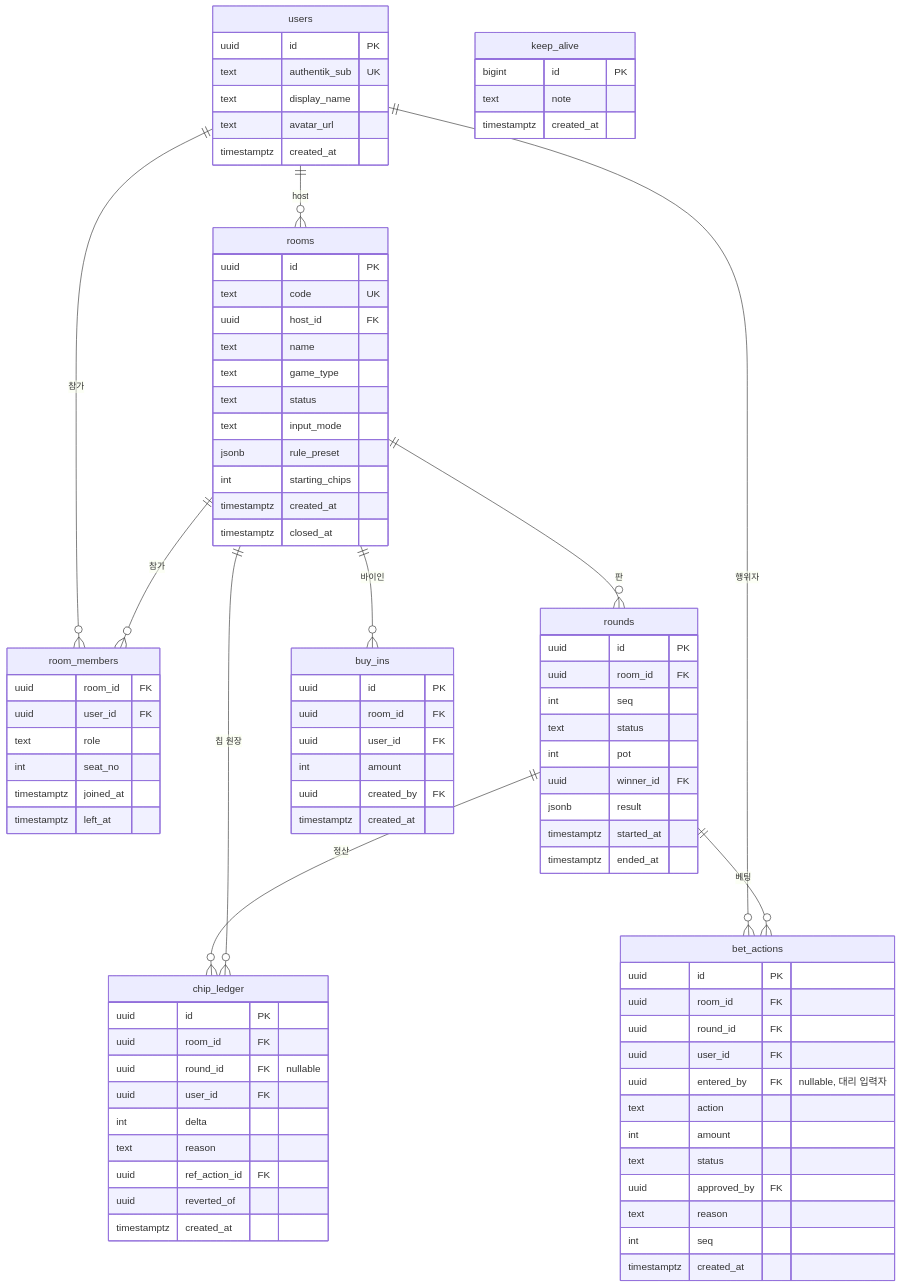
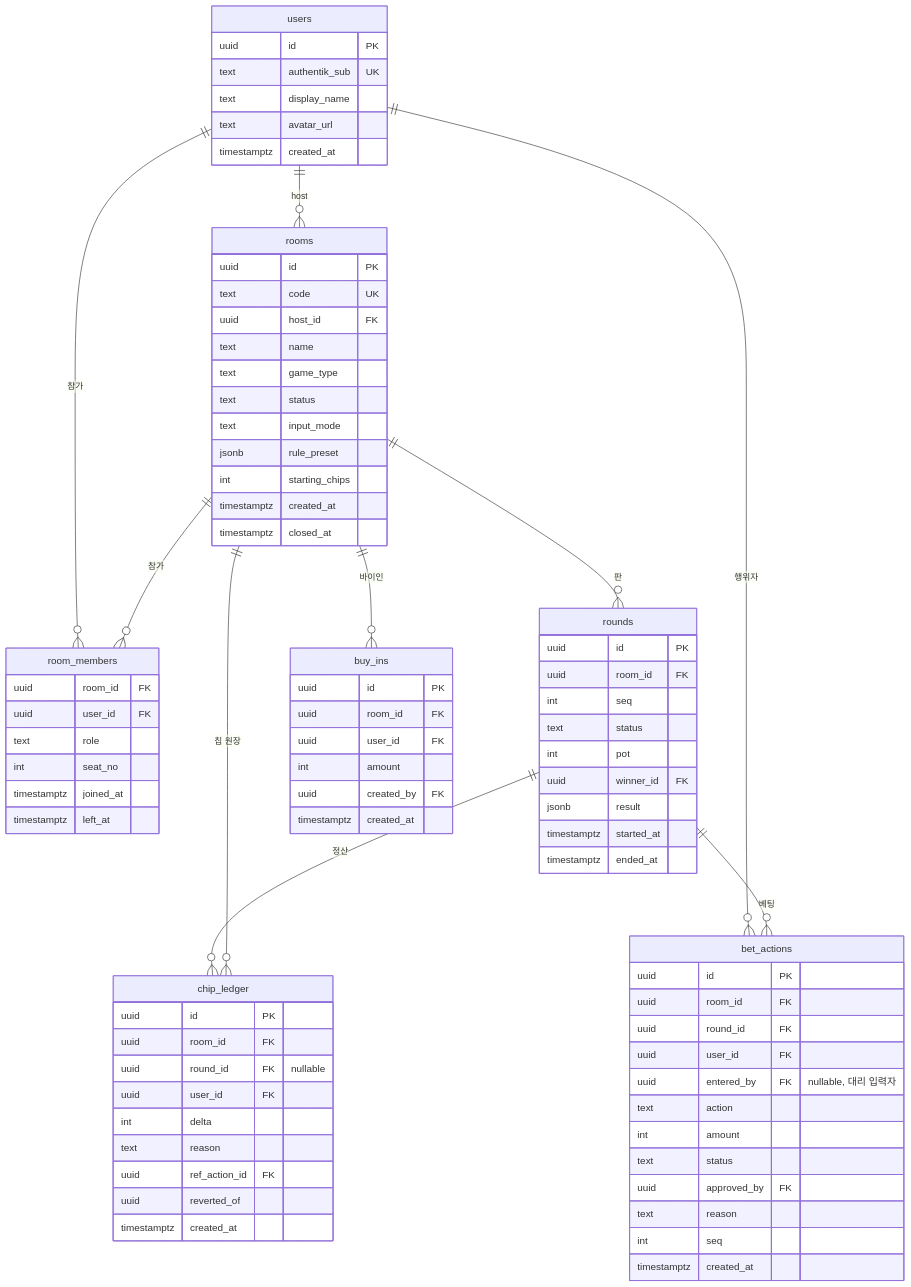
Before and after one commit to kanduit-lab/kkeutbal: the diagram in docs/02-data-model.md, drawn with Mermaid. The commit also changed other lines of this file and 11 other files, not shown here.

````diff
--- a/docs/02-data-model.md
+++ b/docs/02-data-model.md
@@ -156,9 +149,4 @@
         uuid created_by FK
         timestamptz created_at
     }
-    keep_alive {
-        bigint id PK
-        text note
-        timestamptz created_at
-    }
 ```
````
